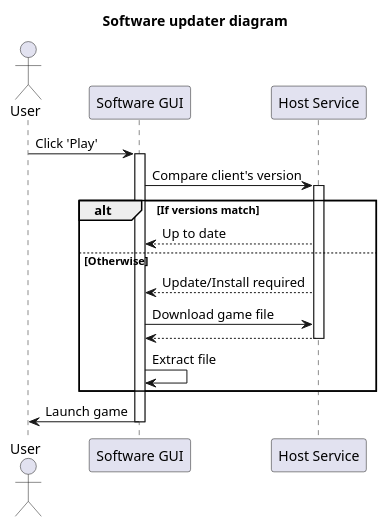
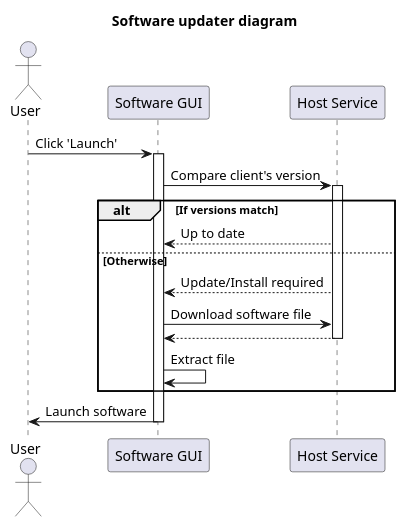
One commit to Gann4Life/gclient-py changed the diagram in UML/concept.puml. Above: the diagram before and after it, drawn with PlantUML.

```diff
--- a/UML/concept.puml
+++ b/UML/concept.puml
@@ -1,23 +1,23 @@
 @startuml
 
 title "Software updater diagram"
 
 actor User
 participant "Software GUI" as ClientApp
 participant "Host Service" as Database
 
-User -> ClientApp++: Click 'Play'
+User -> ClientApp++: Click 'Launch'
 ClientApp -> Database++: Compare client's version
 alt If versions match
     ClientApp <-- Database: Up to date
 else Otherwise
     ClientApp <-- Database: Update/Install required
-    ClientApp -> Database: Download game file
+    ClientApp -> Database: Download software file
     ClientApp <-- Database--
 
     ClientApp -> ClientApp: Extract file
 end
-User <- ClientApp--: Launch game
+User <- ClientApp--: Launch software
 
 
 @enduml
```
